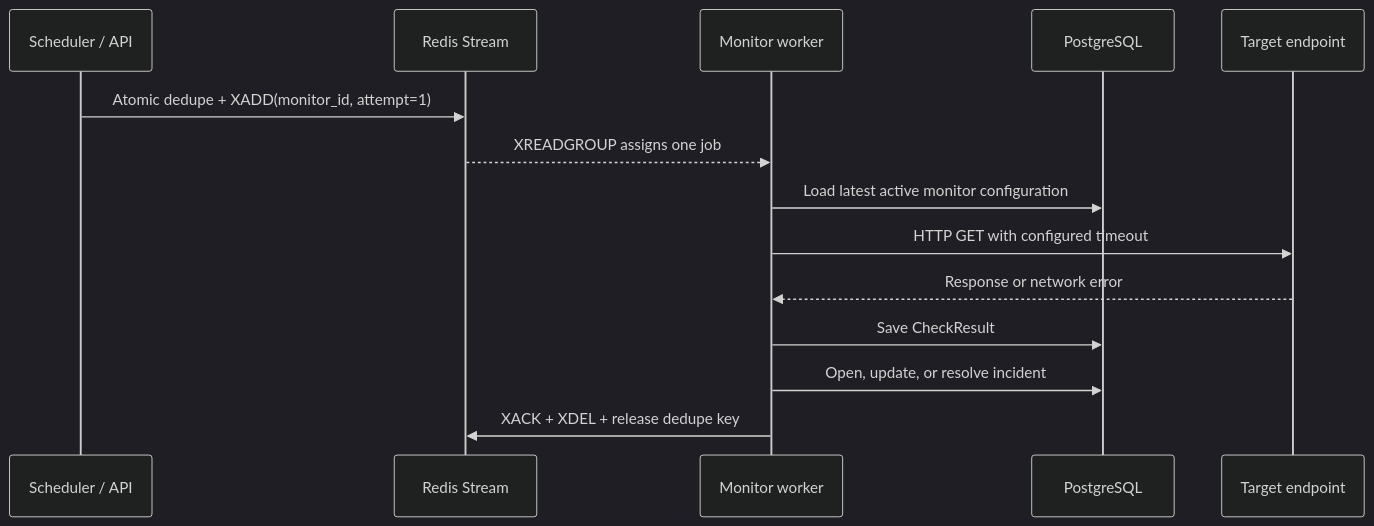
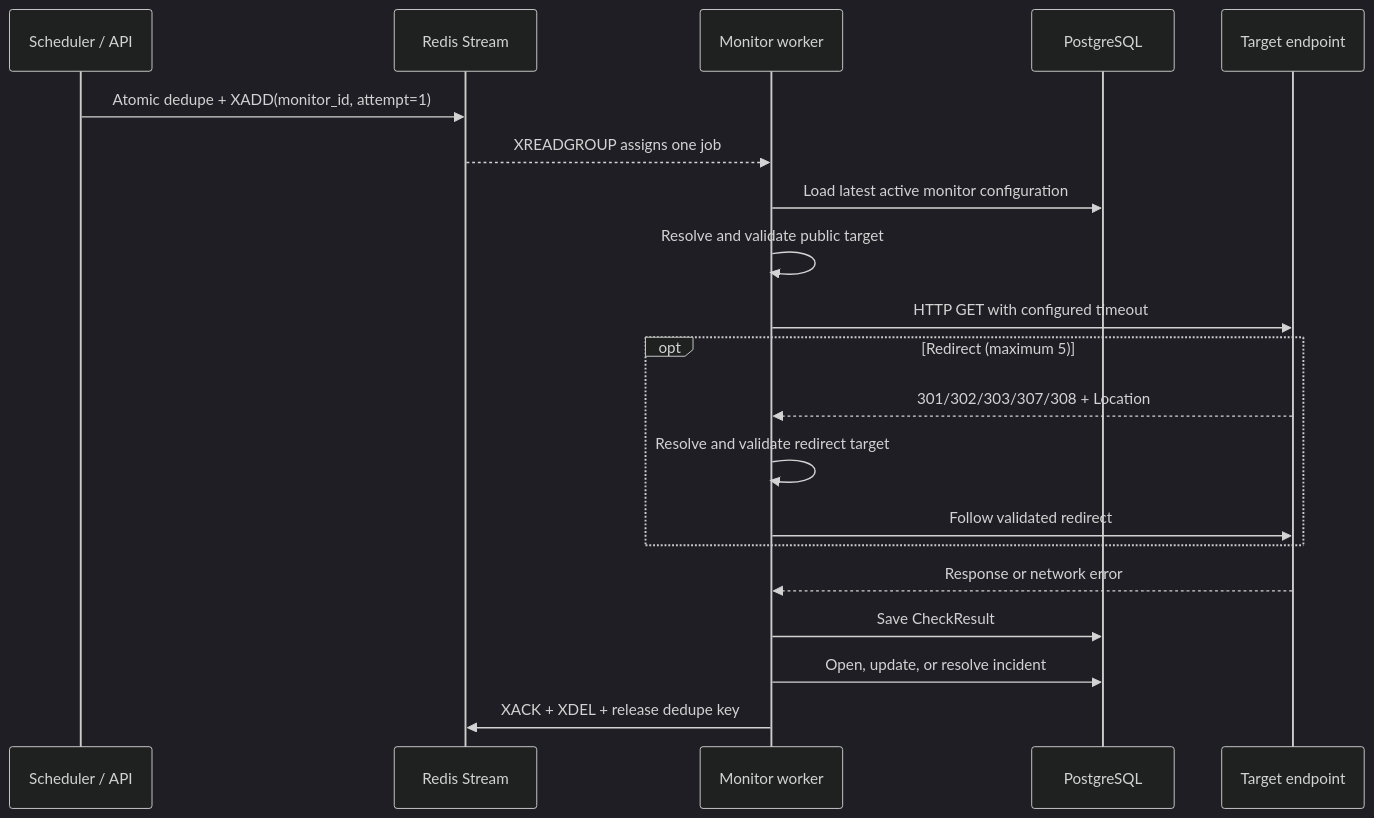
Before and after one commit to Dede9274/Personal_Projects: the second of 2 diagrams in api_functionality/README.md, drawn with Mermaid (dark theme). The commit also changed other lines of this file and 57 other files, not shown here.

````diff
--- a/api_functionality/README.md
+++ b/api_functionality/README.md
@@ -280,17 +299,23 @@
 ```mermaid
 sequenceDiagram
     participant S as Scheduler / API
     participant R as Redis Stream
     participant W as Monitor worker
     participant P as PostgreSQL
     participant T as Target endpoint
 
     S->>R: Atomic dedupe + XADD(monitor_id, attempt=1)
     R-->>W: XREADGROUP assigns one job
     W->>P: Load latest active monitor configuration
+    W->>W: Resolve and validate public target
     W->>T: HTTP GET with configured timeout
+    opt Redirect (maximum 5)
+        T-->>W: 301/302/303/307/308 + Location
+        W->>W: Resolve and validate redirect target
+        W->>T: Follow validated redirect
+    end
     T-->>W: Response or network error
     W->>P: Save CheckResult
     W->>P: Open, update, or resolve incident
     W->>R: XACK + XDEL + release dedupe key
 ```
````
